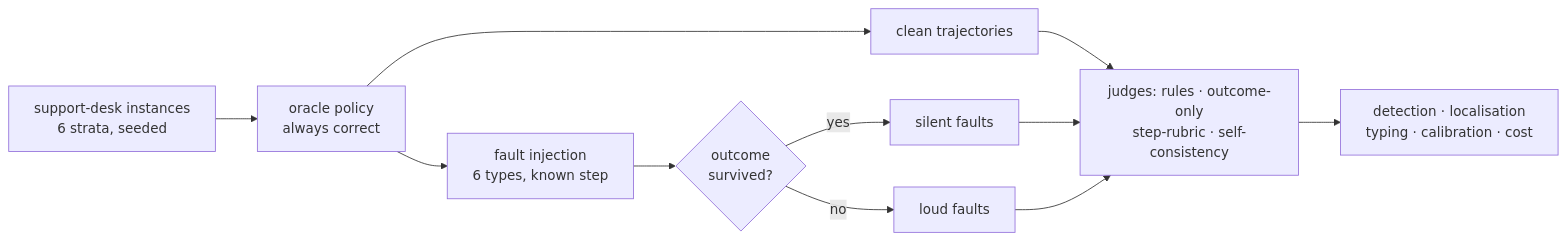
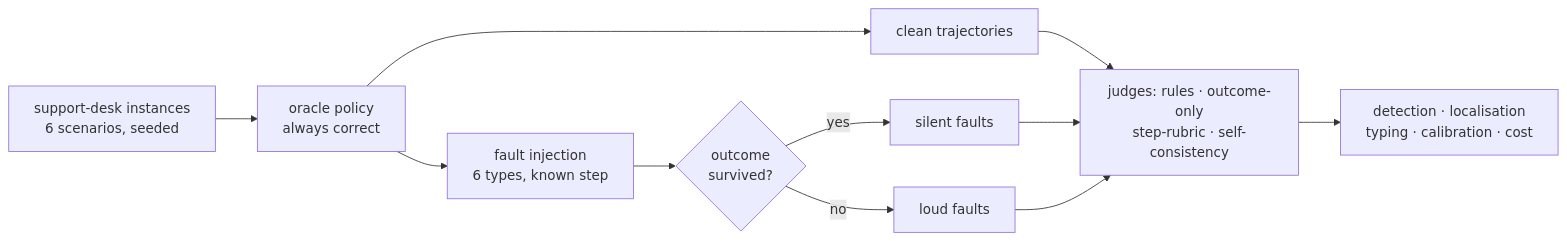
One commit to mohammadi-hadi/trajectory-judge changed the diagram in README.md. Above: the diagram before and after it, drawn with Mermaid. The commit also changed other lines of this file, not shown here.

````diff
--- a/README.md
+++ b/README.md
@@ -28,13 +34,13 @@
 ```mermaid
 flowchart LR
-    A["support-desk instances<br/>6 strata, seeded"] --> B["oracle policy<br/>always correct"]
+    A["support-desk instances<br/>6 scenarios, seeded"] --> B["oracle policy<br/>always correct"]
     B --> C["fault injection<br/>6 types, known step"]
     B --> D["clean trajectories"]
     C --> E{"outcome<br/>survived?"}
     E -->|yes| F["silent faults"]
     E -->|no| G["loud faults"]
     D --> H["judges: rules · outcome-only<br/>step-rubric · self-consistency"]
     F --> H
     G --> H
     H --> I["detection · localisation<br/>typing · calibration · cost"]
 ```
````
